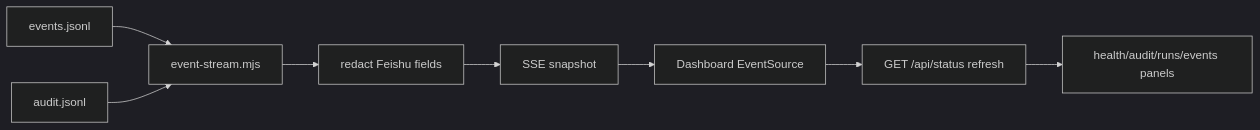
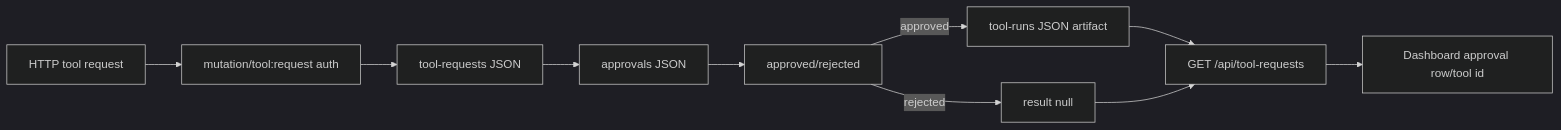
The ninth of 10 diagrams in docs/implementation-architecture.md (mayf3/myclaw), drawn with Mermaid (dark theme) before and after one commit. The commit also changed other lines of this file and 33 other files, not shown here.

Commit message:
feat: add tool approval smoke

````diff
--- a/docs/implementation-architecture.md
+++ b/docs/implementation-architecture.md
@@ -265,10 +267,12 @@
 ```mermaid
 flowchart LR
-  Runs[events.jsonl] --> EventStream[event-stream.mjs]
-  Audit[audit.jsonl] --> EventStream
-  EventStream --> Redaction[redact Feishu fields]
-  Redaction --> Snapshot[SSE snapshot]
-  Snapshot --> Browser[Dashboard EventSource]
-  Browser --> StatusFetch[GET /api/status refresh]
-  StatusFetch --> Panels[health/audit/runs/events panels]
+  Request[HTTP tool request] --> Auth[mutation/tool:request auth]
+  Auth --> ToolRequest[tool-requests JSON]
+  ToolRequest --> Approval[approvals JSON]
+  Approval --> Decision[approved/rejected]
+  Decision -->|approved| ToolRun[tool-runs JSON artifact]
+  Decision -->|rejected| NoRun[result null]
+  ToolRun --> Status[GET /api/tool-requests]
+  NoRun --> Status
+  Status --> Dashboard[Dashboard approval row/tool id]
 ```
````
